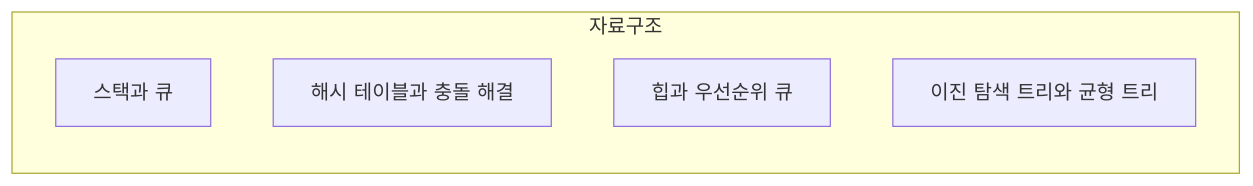
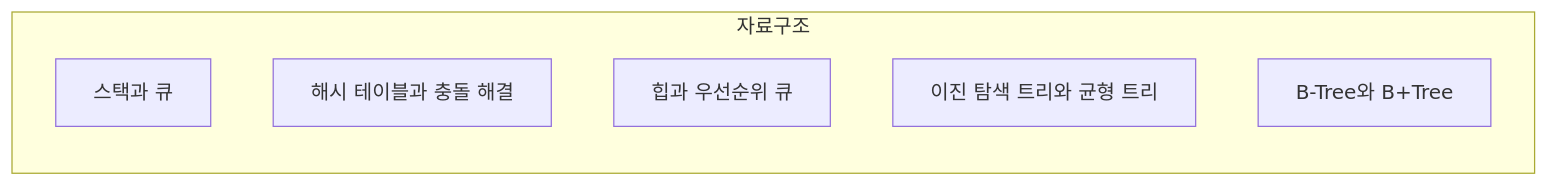
The diagram in concepts.md (Jirunu/TodayToDo), drawn with Mermaid before and after one commit. The commit also changed other lines of this file and 8 other files, not shown here.

````diff
--- a/concepts.md
+++ b/concepts.md
@@ -7,9 +7,10 @@
 ```mermaid
 graph LR
   subgraph s0 ["자료구조"]
     n0["스택과 큐"]
     n1["해시 테이블과 충돌 해결"]
     n2["힙과 우선순위 큐"]
     n3["이진 탐색 트리와 균형 트리"]
+    n4["B-Tree와 B+Tree"]
   end
 ```
````
